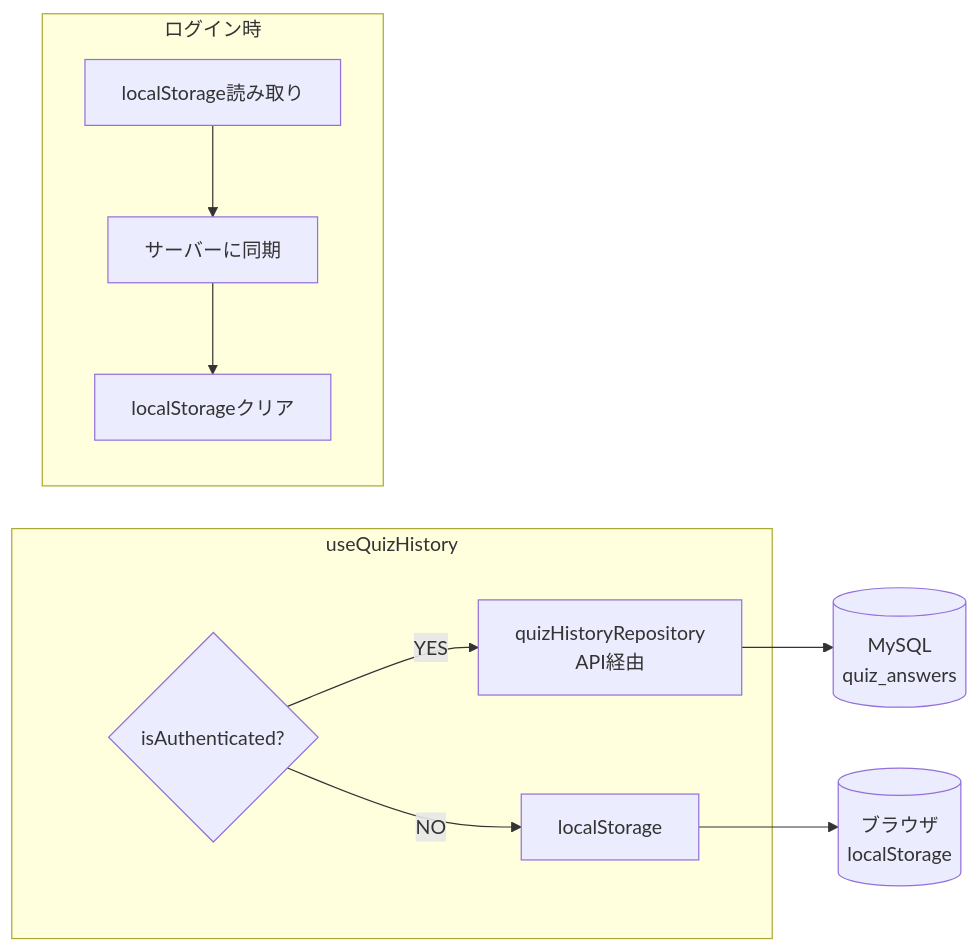
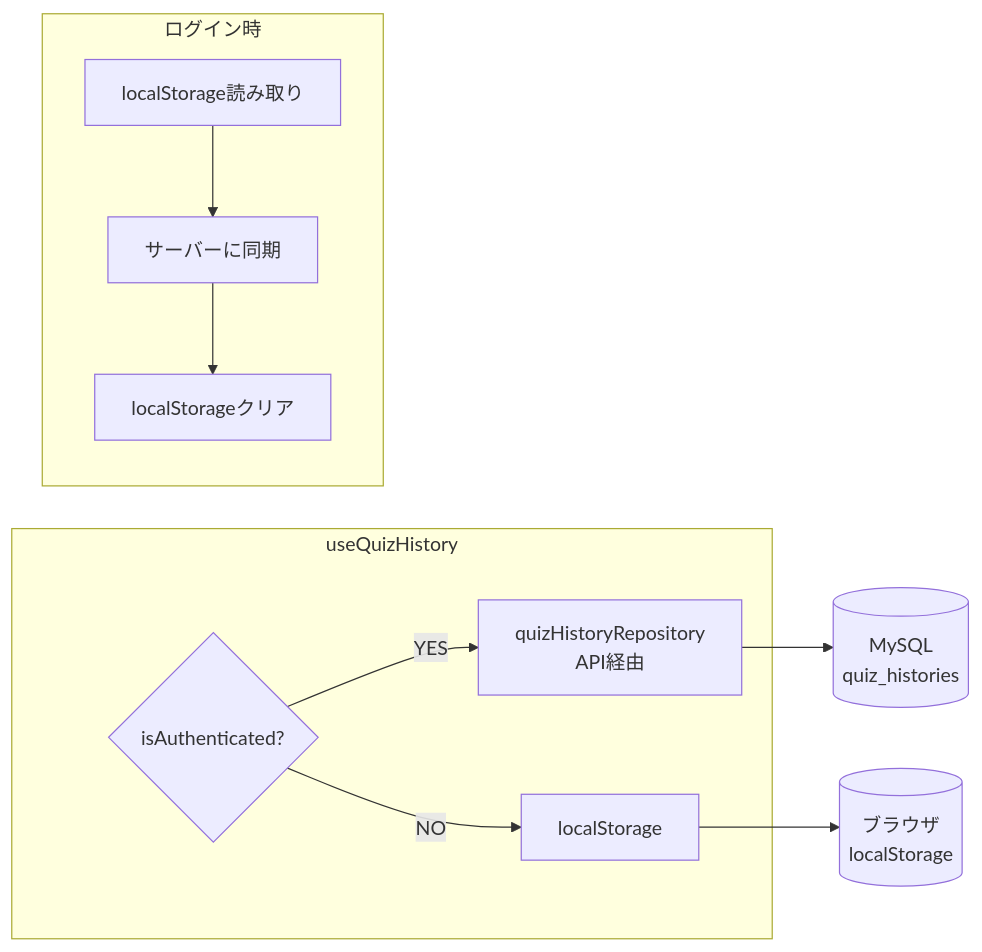
Before and after one commit to idw-coder/next-quiz: the third of 4 diagrams in docs/quiz-history-sync-flow.md, drawn with Mermaid. The commit also changed other lines of this file and 4 other files, not shown here.

````diff
--- a/docs/quiz-history-sync-flow.md
+++ b/docs/quiz-history-sync-flow.md
@@ -72,15 +72,15 @@
 ```mermaid
 flowchart LR
     subgraph useQuizHistory
         A{isAuthenticated?}
         A -->|YES| B[quizHistoryRepository<br/>API経由]
         A -->|NO| C[localStorage]
     end
 
-    B --> D[(MySQL<br/>quiz_answers)]
+    B --> D[(MySQL<br/>quiz_histories)]
     C --> E[(ブラウザ<br/>localStorage)]
 
     subgraph ログイン時
         F[localStorage読み取り] --> G[サーバーに同期] --> H[localStorageクリア]
     end
 ```
````
